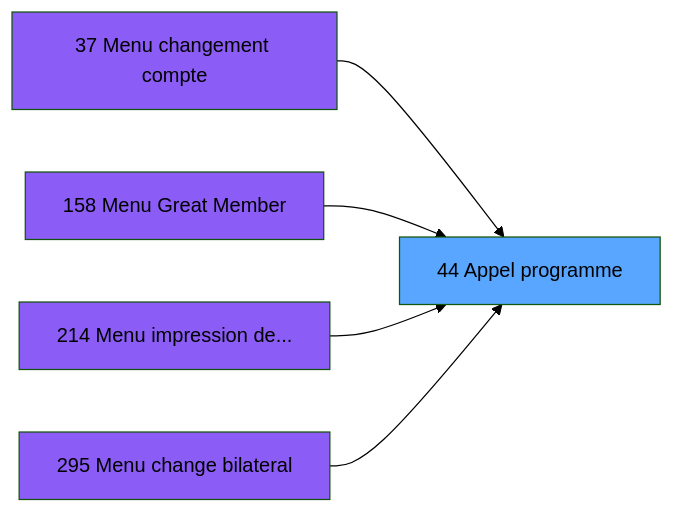
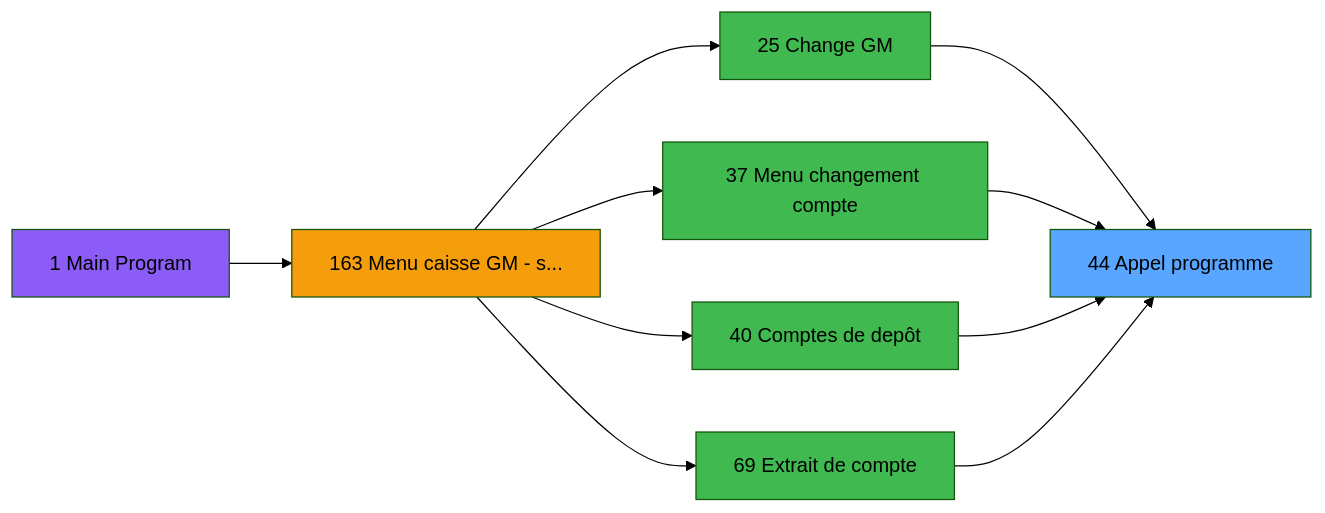
Before and after one commit to thonyAGP/lecteur-magic: the second of 3 diagrams in .openspec/specs/ADH-IDE-44.md, drawn with Mermaid (forest theme). The commit also changed other lines of this file and 493 other files, not shown here.

````diff
--- a/.openspec/specs/ADH-IDE-44.md
+++ b/.openspec/specs/ADH-IDE-44.md
@@ -121,17 +153,26 @@
 ```mermaid
 graph LR
     T44[44 Appel programme]
     style T44 fill:#58a6ff
-    CC214[214 Menu impression de...]
-    style CC214 fill:#8b5cf6
-    CC295[295 Menu change bilateral]
-    style CC295 fill:#8b5cf6
+    CC1[1 Main Program]
+    style CC1 fill:#8b5cf6
+    CC163[163 Menu caisse GM - s...]
+    style CC163 fill:#f59e0b
+    CC25[25 Change GM]
+    style CC25 fill:#3fb950
+    CC69[69 Extrait de compte]
+    style CC69 fill:#3fb950
     CC37[37 Menu changement compte]
-    style CC37 fill:#8b5cf6
-    CC158[158 Menu Great Member]
-    style CC158 fill:#8b5cf6
+    style CC37 fill:#3fb950
+    CC40[40 Comptes de depôt]
+    style CC40 fill:#3fb950
+    CC163 --> CC25
+    CC163 --> CC37
+    CC163 --> CC40
+    CC163 --> CC69
+    CC1 --> CC163
+    CC25 --> T44
     CC37 --> T44
-    CC158 --> T44
-    CC214 --> T44
-    CC295 --> T44
+    CC40 --> T44
+    CC69 --> T44
 ```
````
